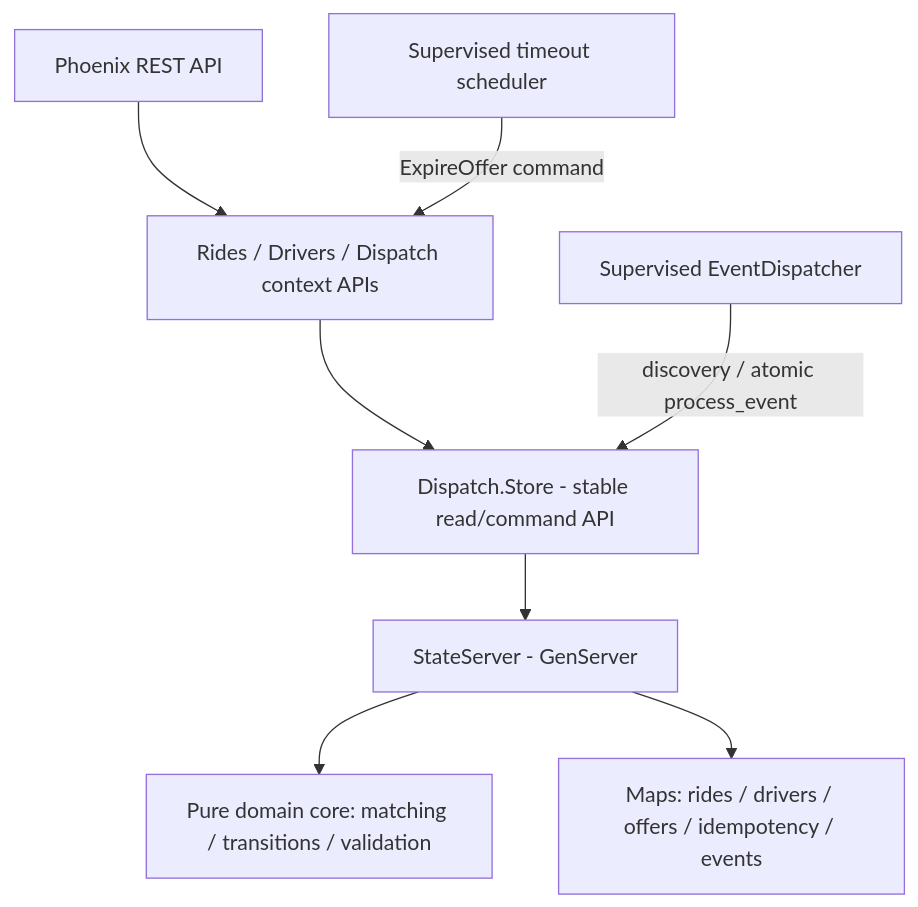
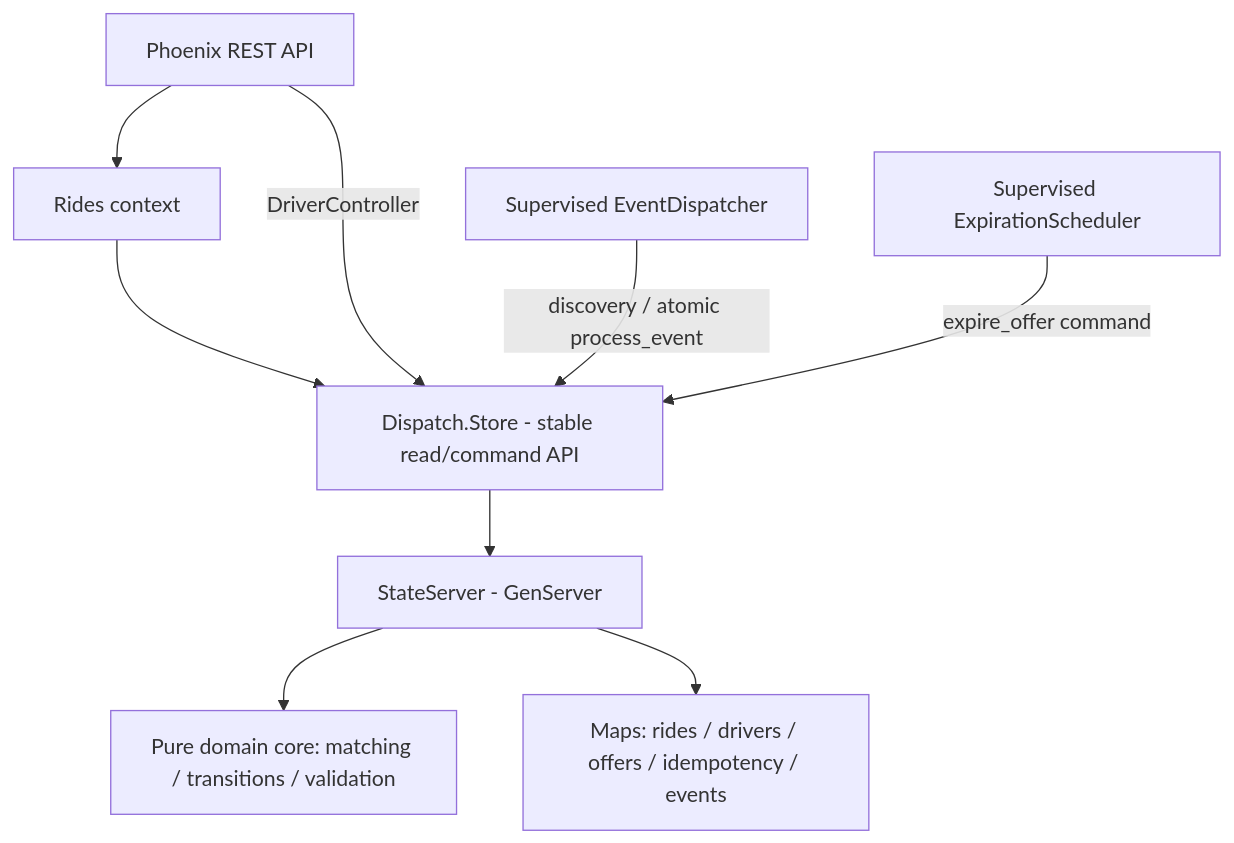
One commit to gracephan-vn/coding-challenges changed the diagram in coding-challenge-3/grace-phan/docs/implementation-guide.md. Above: the diagram before and after it, drawn with Mermaid. The commit also changed other lines of this file and 2 other files, not shown here.

Commit message:
docs(architecture): explain lifecycle sequences and scaling guarantees

````diff
--- a/coding-challenge-3/grace-phan/docs/implementation-guide.md
+++ b/coding-challenge-3/grace-phan/docs/implementation-guide.md
@@ -36,10 +36,11 @@
 ```mermaid
 flowchart TD
-  API[Phoenix REST API] --> APP[Rides / Drivers / Dispatch context APIs]
+  API[Phoenix REST API] --> APP[Rides context]
   APP --> PORT[Dispatch.Store - stable read/command API]
+  API -->|DriverController| PORT
   PORT --> STORE[StateServer - GenServer]
   STORE --> CORE[Pure domain core: matching / transitions / validation]
   STORE --> STATE[Maps: rides / drivers / offers / idempotency / events]
   PUMP[Supervised EventDispatcher] -->|discovery / atomic process_event| PORT
-  TIMER[Supervised timeout scheduler] -->|ExpireOffer command| APP
+  TIMER[Supervised ExpirationScheduler] -->|expire_offer command| PORT
 ```
````
